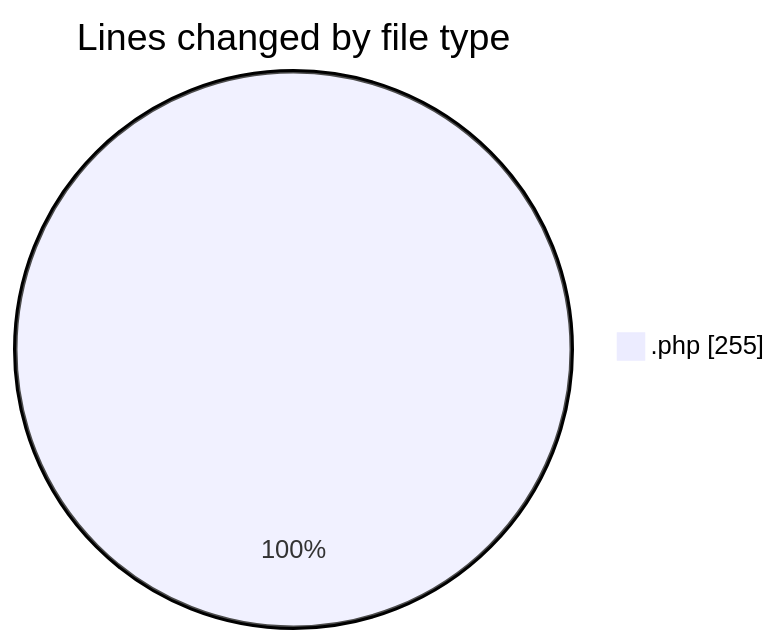
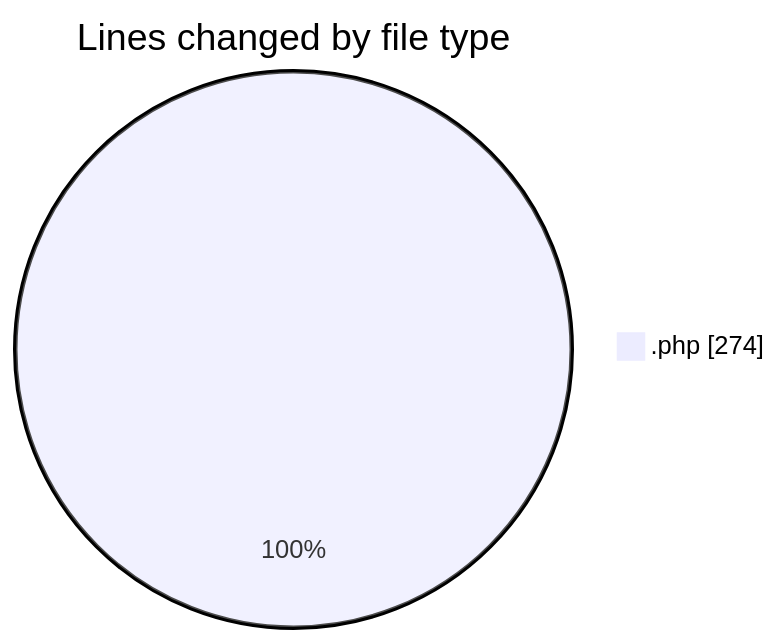
The first of 2 diagrams in 2025-03-26/kml/README.md (LanceThiago/code-tracking), drawn with Mermaid before and after one commit. The commit also changed other lines of this file and 1 other file, not shown here.

````diff
--- a/2025-03-26/kml/README.md
+++ b/2025-03-26/kml/README.md
@@ -20,5 +20,5 @@
 ```mermaid
 pie showData
 title Lines changed by file type
-".php" : 255
+".php" : 274
 ```
````
